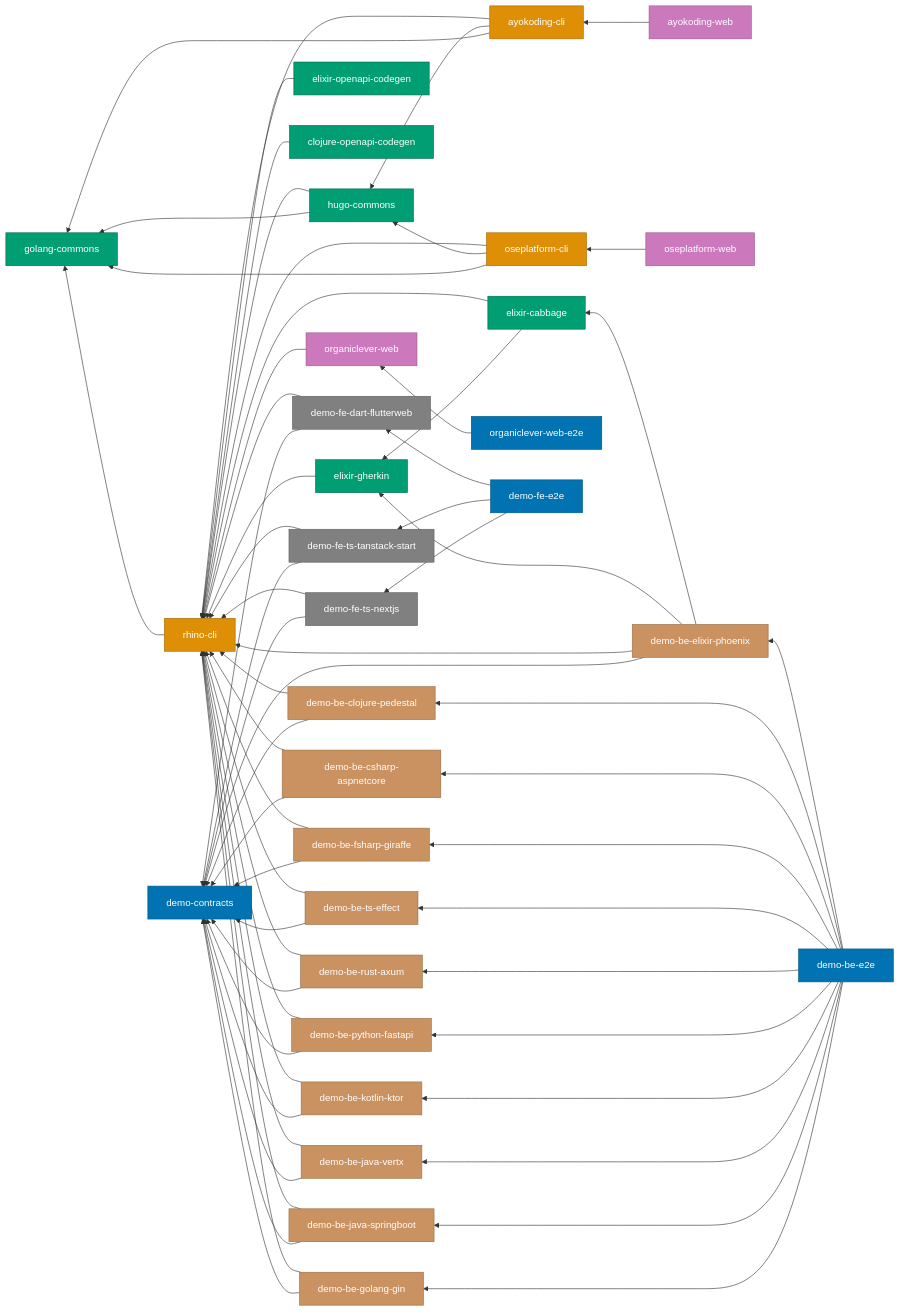
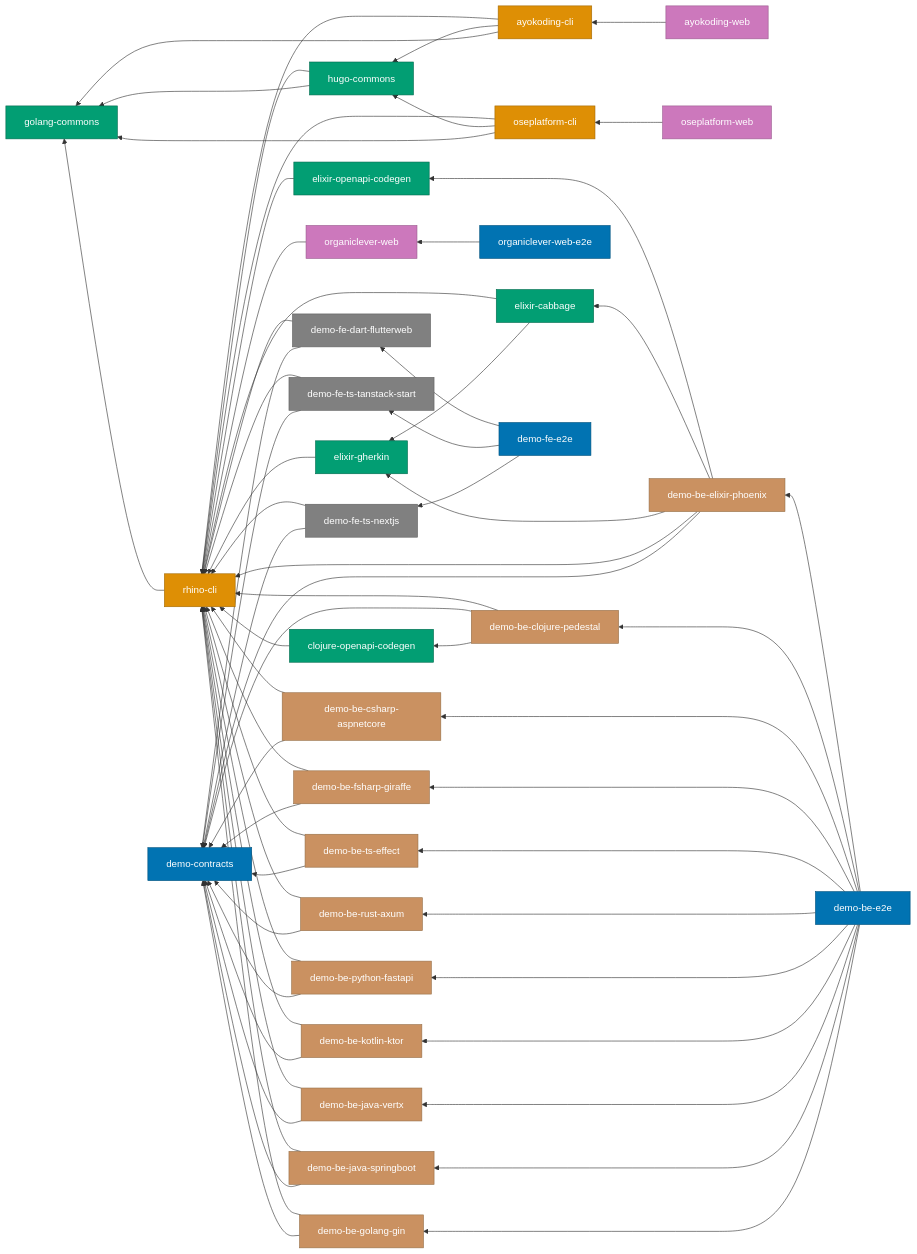
One commit to wahidyankf/ose-public changed the diagram in docs/reference/re__project-dependency-graph.md. Above: the diagram before and after it, drawn with Mermaid. The commit also changed other lines of this file and 2 other files, not shown here.

First line of the commit message:
fix(nx): add codegen lib implicit dependencies for Elixir and Clojure backends

```diff
--- a/docs/reference/re__project-dependency-graph.md
+++ b/docs/reference/re__project-dependency-graph.md
@@ -157,12 +154,14 @@
   FSHARP --> RC
   CSHARP --> DC
   CSHARP --> RC
+  CLOJURE --> COC
   CLOJURE --> DC
   CLOJURE --> RC
   ELIXIR --> DC
   ELIXIR --> RC
   ELIXIR --> EG
   ELIXIR --> EC
+  ELIXIR --> EOC
 
   %% Demo frontends -> shared deps
   NEXTJS --> DC
```
